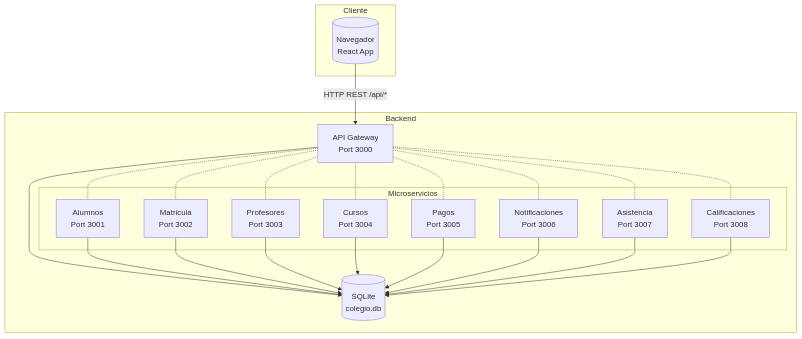
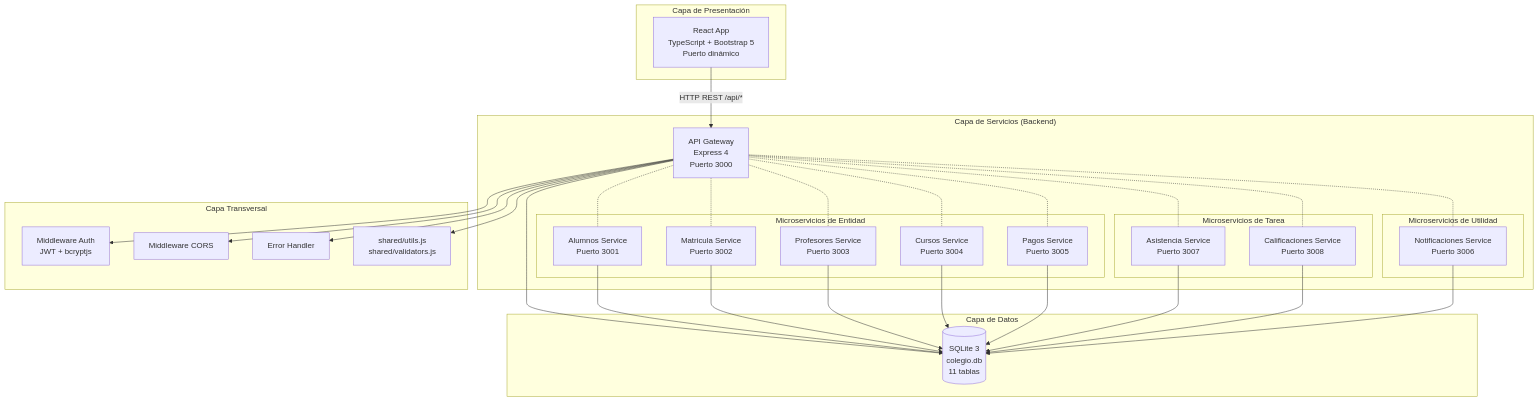
One commit to EdwardAR/SOA changed the first of 8 diagrams in README.md. Above: the diagram before and after it, drawn with Mermaid. The commit also changed other lines of this file, not shown here.

````diff
--- a/README.md
+++ b/README.md
@@ -9,40 +11,61 @@
 ```mermaid
 graph TB
-    subgraph Cliente
-        BROWSER[("Navegador<br/>React App")]
+    subgraph "Capa de Presentación"
+        REACT["React App<br/>TypeScript + Bootstrap 5<br/>Puerto dinámico"]
     end
 
-    subgraph Backend
-        GW["API Gateway<br/>Port 3000"]
-        subgraph Microservicios
-            ALU["Alumnos<br/>Port 3001"]
-            MAT["Matricula<br/>Port 3002"]
-            PROF["Profesores<br/>Port 3003"]
-            CUR["Cursos<br/>Port 3004"]
-            PAG["Pagos<br/>Port 3005"]
-            NOT["Notificaciones<br/>Port 3006"]
-            ASIS["Asistencia<br/>Port 3007"]
-            CAL["Calificaciones<br/>Port 3008"]
+    subgraph "Capa de Servicios (Backend)"
+        GW["API Gateway<br/>Express 4<br/>Puerto 3000"]
+        
+        subgraph "Microservicios de Entidad"
+            ALU["Alumnos Service<br/>Puerto 3001"]
+            MAT["Matricula Service<br/>Puerto 3002"]
+            PROF["Profesores Service<br/>Puerto 3003"]
+            CUR["Cursos Service<br/>Puerto 3004"]
+            PAG["Pagos Service<br/>Puerto 3005"]
         end
-        DB[("SQLite<br/>colegio.db")]
+
+        subgraph "Microservicios de Tarea"
+            ASIS["Asistencia Service<br/>Puerto 3007"]
+            CAL["Calificaciones Service<br/>Puerto 3008"]
+        end
+
+        subgraph "Microservicios de Utilidad"
+            NOT["Notificaciones Service<br/>Puerto 3006"]
+        end
     end
 
-    BROWSER -->|"HTTP REST /api/*"| GW
+    subgraph "Capa de Datos"
+        DB[("SQLite 3<br/>colegio.db<br/>11 tablas")]
+    end
+
+    subgraph "Capa Transversal"
+        AUTH["Middleware Auth<br/>JWT + bcryptjs"]
+        CORS["Middleware CORS"]
+        ERROR["Error Handler"]
+        SHARED["shared/utils.js<br/>shared/validators.js"]
+    end
+
+    REACT -->|"HTTP REST /api/*"| GW
+    GW --> AUTH
+    GW --> CORS
+    GW --> ERROR
+    GW --> SHARED
     GW --> DB
     GW -.- ALU
     GW -.- MAT
     GW -.- PROF
     GW -.- CUR
     GW -.- PAG
-    GW -.- NOT
     GW -.- ASIS
     GW -.- CAL
+    GW -.- NOT
     ALU --> DB
     MAT --> DB
     PROF --> DB
     CUR --> DB
     PAG --> DB
-    NOT --> DB
     ASIS --> DB
     CAL --> DB
+    NOT --> DB
 ```
````
